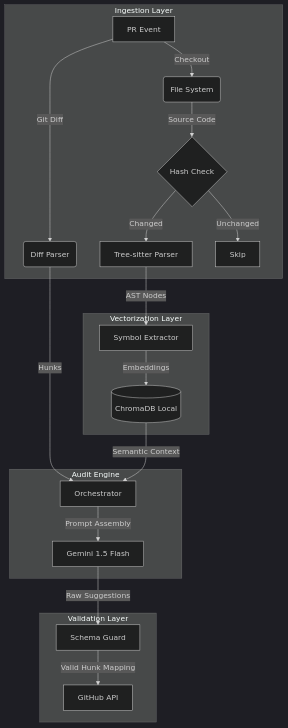
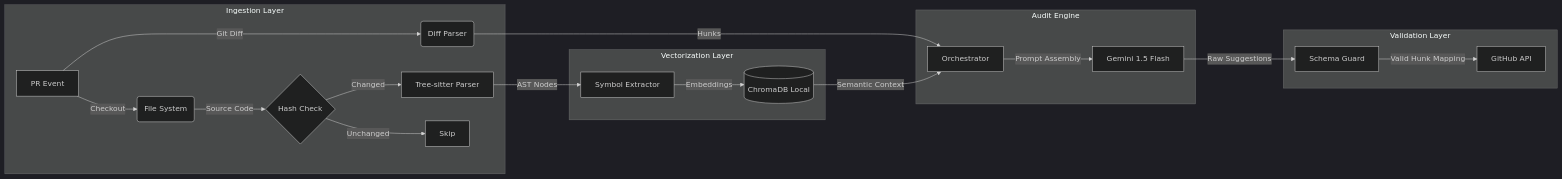
One commit to imrahnf/sentinelpr changed the diagram in README.md. Above: the diagram before and after it, drawn with Mermaid (dark theme).

Commit message:
(docs): changed mermaid diagram from TD to LR

````diff
--- a/README.md
+++ b/README.md
@@ -13,26 +13,26 @@
 ```mermaid
-graph TD
+graph LR
     subgraph "Ingestion Layer"
         A[PR Event] -->|Git Diff| B(Diff Parser)
         A -->|Checkout| C(File System)
         C -->|Source Code| D{Hash Check}
         D -->|Changed| E[Tree-sitter Parser]
         D -->|Unchanged| F[Skip]
     end
 
     subgraph "Vectorization Layer"
         E -->|AST Nodes| G[Symbol Extractor]
         G -->|Embeddings| H[(ChromaDB Local)]
     end
 
     subgraph "Audit Engine"
         B -->|Hunks| I[Orchestrator]
         H -->|Semantic Context| I
         I -->|Prompt Assembly| J[Gemini 1.5 Flash]
     end
 
     subgraph "Validation Layer"
         J -->|Raw Suggestions| K[Schema Guard]
         K -->|Valid Hunk Mapping| L[GitHub API]
     end
 ```
````
